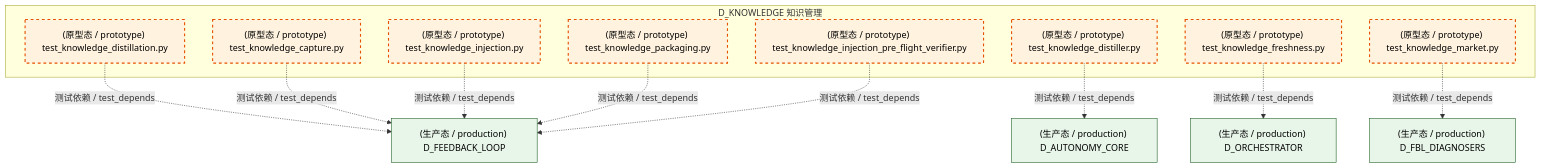
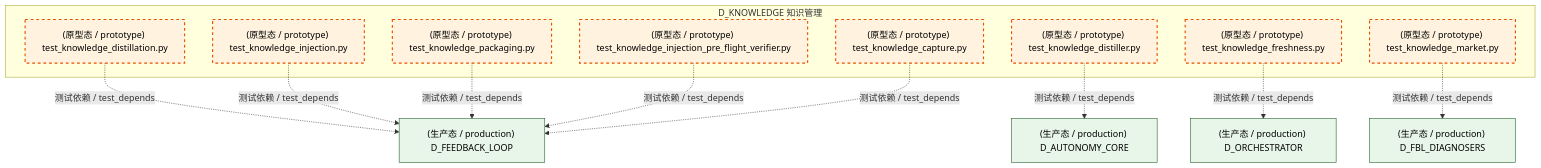
One commit to xuanFelixVan/ZephyrAlpha changed the second of 5 diagrams in docs/02_enterprise_architecture/02_domain_architecture_docs/48_d_knowledge.md. Above: the diagram before and after it, drawn with Mermaid. The commit also changed other lines of this file and 126 other files, not shown here.

````diff
--- a/docs/02_enterprise_architecture/02_domain_architecture_docs/48_d_knowledge.md
+++ b/docs/02_enterprise_architecture/02_domain_architecture_docs/48_d_knowledge.md
@@ -174,31 +174,31 @@
 ```mermaid
 graph TD
     subgraph D_KNOWLEDGE["D_KNOWLEDGE 知识管理"]
         tests_knowledge_engine_test_knowledge_capture_py["(原型态 / prototype) test_knowledge_capture.py"]
         tests_knowledge_engine_test_knowledge_distillation_py["(原型态 / prototype) test_knowledge_distillation.py"]
         tests_knowledge_engine_test_knowledge_distiller_py["(原型态 / prototype) test_knowledge_distiller.py"]
         tests_knowledge_engine_test_knowledge_freshness_py["(原型态 / prototype) test_knowledge_freshness.py"]
         tests_knowledge_engine_test_knowledge_injection_py["(原型态 / prototype) test_knowledge_injection.py"]
         tests_knowledge_engine_test_knowledge_injection_pre_flight_verifier_py["(原型态 / prototype) test_knowledge_injection_pre_flight_verifier.py"]
         tests_knowledge_engine_test_knowledge_market_py["(原型态 / prototype) test_knowledge_market.py"]
         tests_knowledge_engine_test_knowledge_packaging_py["(原型态 / prototype) test_knowledge_packaging.py"]
     end
     D_FEEDBACK_LOOP["(生产态 / production) D_FEEDBACK_LOOP"]
     tests_knowledge_engine_test_knowledge_distillation_py -.->|测试依赖 / test_depends| D_FEEDBACK_LOOP
-    D_AUTONOMY_CORE["(生产态 / production) D_AUTONOMY_CORE"]
-    tests_knowledge_engine_test_knowledge_distiller_py -.->|测试依赖 / test_depends| D_AUTONOMY_CORE
-    tests_knowledge_engine_test_knowledge_capture_py -.->|测试依赖 / test_depends| D_FEEDBACK_LOOP
     D_FBL_DIAGNOSERS["(生产态 / production) D_FBL_DIAGNOSERS"]
     tests_knowledge_engine_test_knowledge_market_py -.->|测试依赖 / test_depends| D_FBL_DIAGNOSERS
     tests_knowledge_engine_test_knowledge_injection_py -.->|测试依赖 / test_depends| D_FEEDBACK_LOOP
     tests_knowledge_engine_test_knowledge_packaging_py -.->|测试依赖 / test_depends| D_FEEDBACK_LOOP
     tests_knowledge_engine_test_knowledge_injection_pre_flight_verifier_py -.->|测试依赖 / test_depends| D_FEEDBACK_LOOP
+    D_AUTONOMY_CORE["(生产态 / production) D_AUTONOMY_CORE"]
+    tests_knowledge_engine_test_knowledge_distiller_py -.->|测试依赖 / test_depends| D_AUTONOMY_CORE
+    tests_knowledge_engine_test_knowledge_capture_py -.->|测试依赖 / test_depends| D_FEEDBACK_LOOP
     D_ORCHESTRATOR["(生产态 / production) D_ORCHESTRATOR"]
     tests_knowledge_engine_test_knowledge_freshness_py -.->|测试依赖 / test_depends| D_ORCHESTRATOR
     classDef production fill:#e1f5fe,stroke:#01579b,stroke-width:2px,color:#000
     classDef design fill:#fff3e0,stroke:#e65100,stroke-width:2px,color:#000,stroke-dasharray: 5 5
     classDef external_prod fill:#e8f5e9,stroke:#1b5e20,stroke-width:1px,color:#000
     classDef external_design fill:#fce4ec,stroke:#880e4f,stroke-width:1px,color:#000,stroke-dasharray: 5 5
     class tests_knowledge_engine_test_knowledge_capture_py,tests_knowledge_engine_test_knowledge_distillation_py,tests_knowledge_engine_test_knowledge_distiller_py,tests_knowledge_engine_test_knowledge_freshness_py,tests_knowledge_engine_test_knowledge_injection_py,tests_knowledge_engine_test_knowledge_injection_pre_flight_verifier_py,tests_knowledge_engine_test_knowledge_market_py,tests_knowledge_engine_test_knowledge_packaging_py design
-    class D_FEEDBACK_LOOP,D_AUTONOMY_CORE,D_FBL_DIAGNOSERS,D_ORCHESTRATOR external_prod
+    class D_FEEDBACK_LOOP,D_FBL_DIAGNOSERS,D_AUTONOMY_CORE,D_ORCHESTRATOR external_prod
 ```
````
